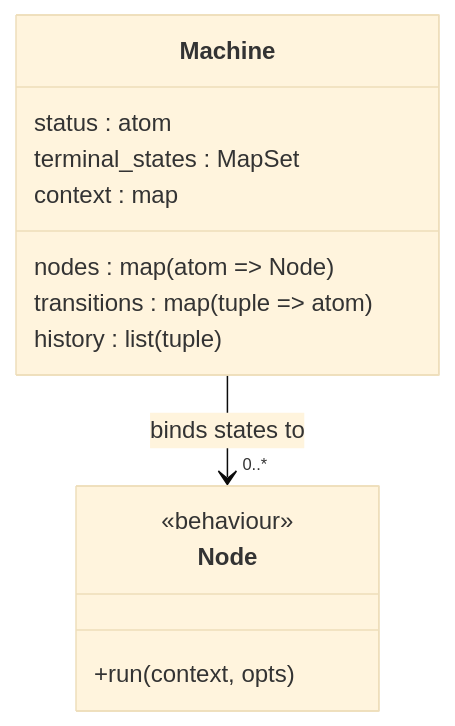
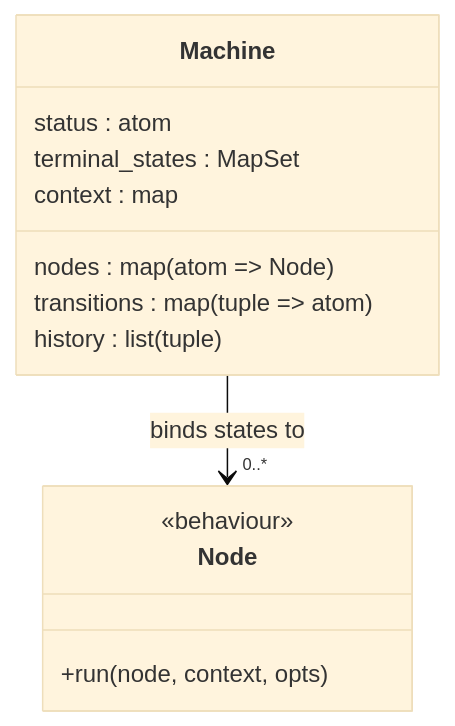
The first of 2 diagrams in docs/design/workflow/state-machine.md (nshkrdotcom/jido_composer), drawn with Mermaid (base theme) before and after one commit. The commit also changed 18 other files, not shown here.

````diff
--- a/docs/design/workflow/state-machine.md
+++ b/docs/design/workflow/state-machine.md
@@ -9,18 +9,18 @@
 ```mermaid
 classDiagram
     class Machine {
         status : atom
         nodes : map(atom => Node)
         transitions : map(tuple => atom)
         terminal_states : MapSet
         context : map
         history : list(tuple)
     }
 
     class Node {
         <<behaviour>>
-        +run(context, opts)
+        +run(node, context, opts)
     }
 
     Machine --> "0..*" Node : binds states to
 ```
````
